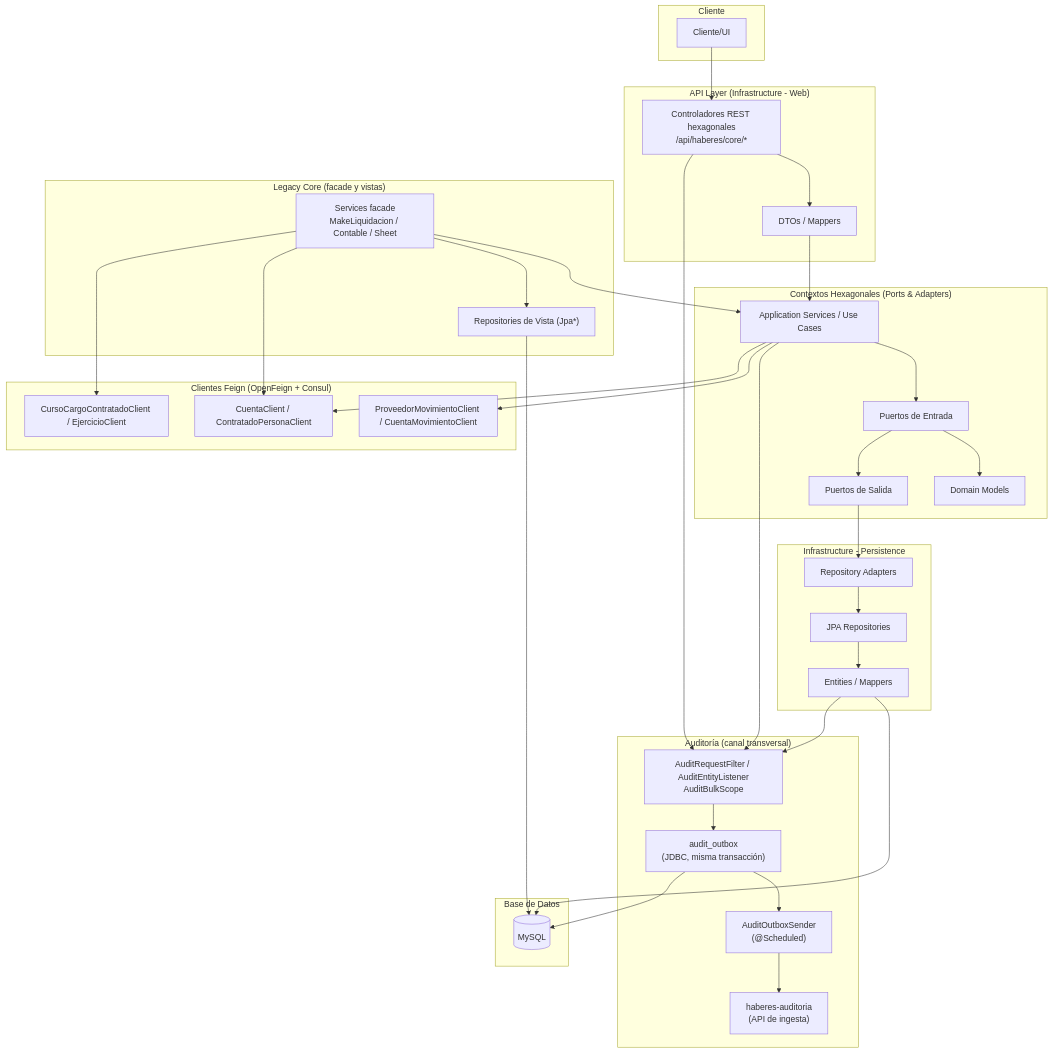
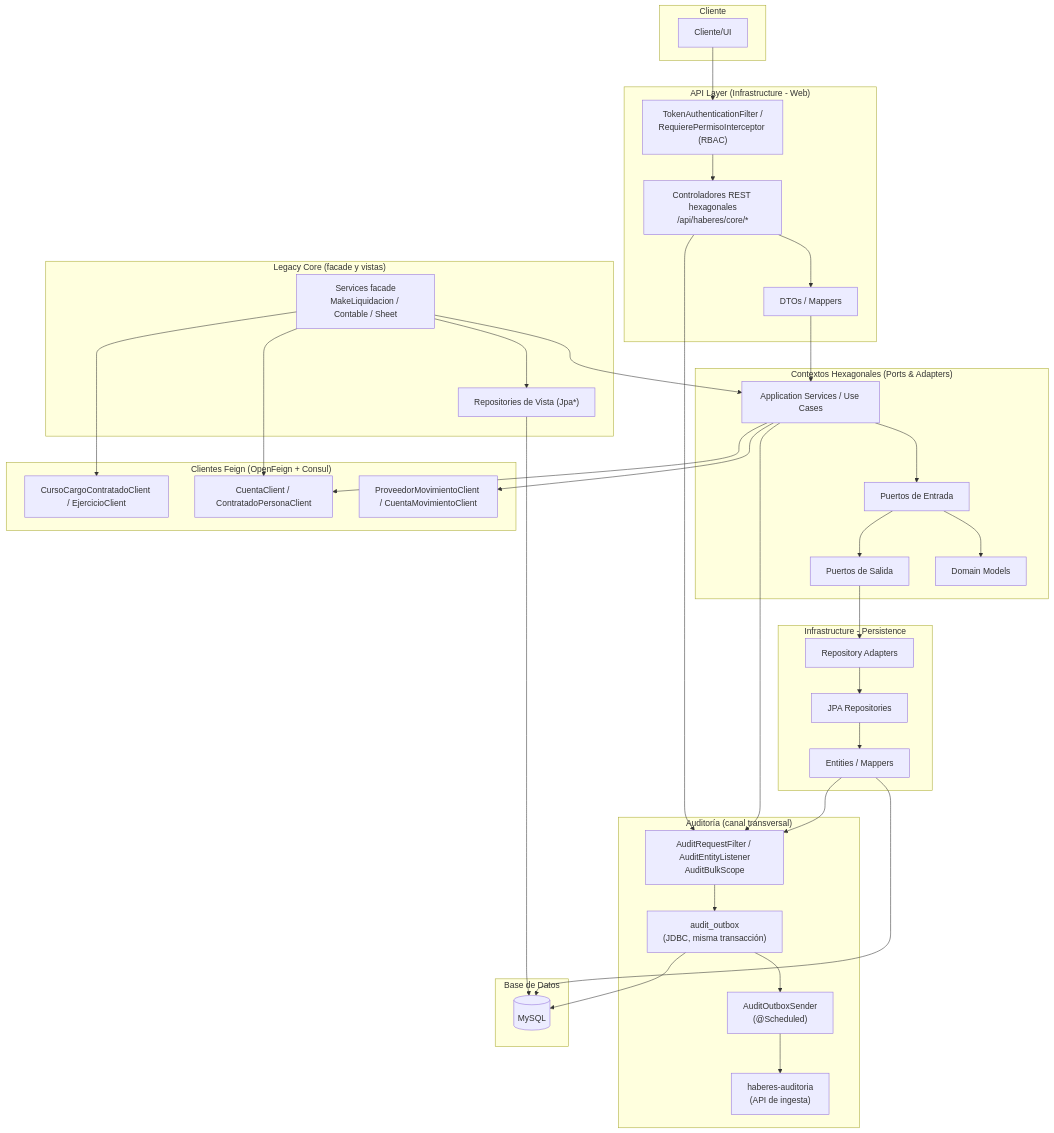
Before and after one commit to UM-services/UM.haberes.core-service: the diagram in docs/diagrams/arquitectura-general.mmd, drawn with Mermaid. The commit also changed 5 other files, not shown here.

```diff
--- a/docs/diagrams/arquitectura-general.mmd
+++ b/docs/diagrams/arquitectura-general.mmd
@@ -1,69 +1,71 @@
 graph TD
     subgraph "Cliente"
         A["Cliente/UI"]
     end
 
     subgraph "API Layer (Infrastructure - Web)"
         B["Controladores REST hexagonales<br/>/api/haberes/core/*"]
         C["DTOs / Mappers"]
+        TF["TokenAuthenticationFilter /<br/>RequierePermisoInterceptor (RBAC)"]
     end
 
     subgraph "Contextos Hexagonales (Ports & Adapters)"
         D["Application Services / Use Cases"]
         E["Domain Models"]
         F["Puertos de Entrada"]
         G["Puertos de Salida"]
     end
 
     subgraph "Legacy Core (facade y vistas)"
         LQ["Services facade<br/>MakeLiquidacion / Contable / Sheet"]
         LV["Repositories de Vista (Jpa*)"]
     end
 
     subgraph "Infrastructure - Persistence"
         H["Repository Adapters"]
         I["JPA Repositories"]
         J["Entities / Mappers"]
     end
 
     subgraph "Clientes Feign (OpenFeign + Consul)"
         K["CuentaClient / ContratadoPersonaClient"]
         L["CursoCargoContratadoClient / EjercicioClient"]
         M["ProveedorMovimientoClient / CuentaMovimientoClient"]
     end
 
     subgraph "Base de Datos"
         N[(MySQL)]
     end
 
     subgraph "Auditoría (canal transversal)"
         AU["AuditRequestFilter / AuditEntityListener<br/>AuditBulkScope"]
         AO["audit_outbox<br/>(JDBC, misma transacción)"]
         AS["AuditOutboxSender<br/>(@Scheduled)"]
         AA["haberes-auditoria<br/>(API de ingesta)"]
     end
 
-    A --> B
+    A --> TF
+    TF --> B
     B --> C
     C --> D
     D --> F
     F --> E
     F --> G
     G --> H
     H --> I
     I --> J
     J --> N
     B --> AU
     J --> AU
     D --> AU
     AU --> AO
     AO --> AS
     AO --> N
     AS --> AA
     LQ --> D
     LQ --> LV
     LV --> N
     LQ --> K
     LQ --> L
     D --> M
     D --> K
```
